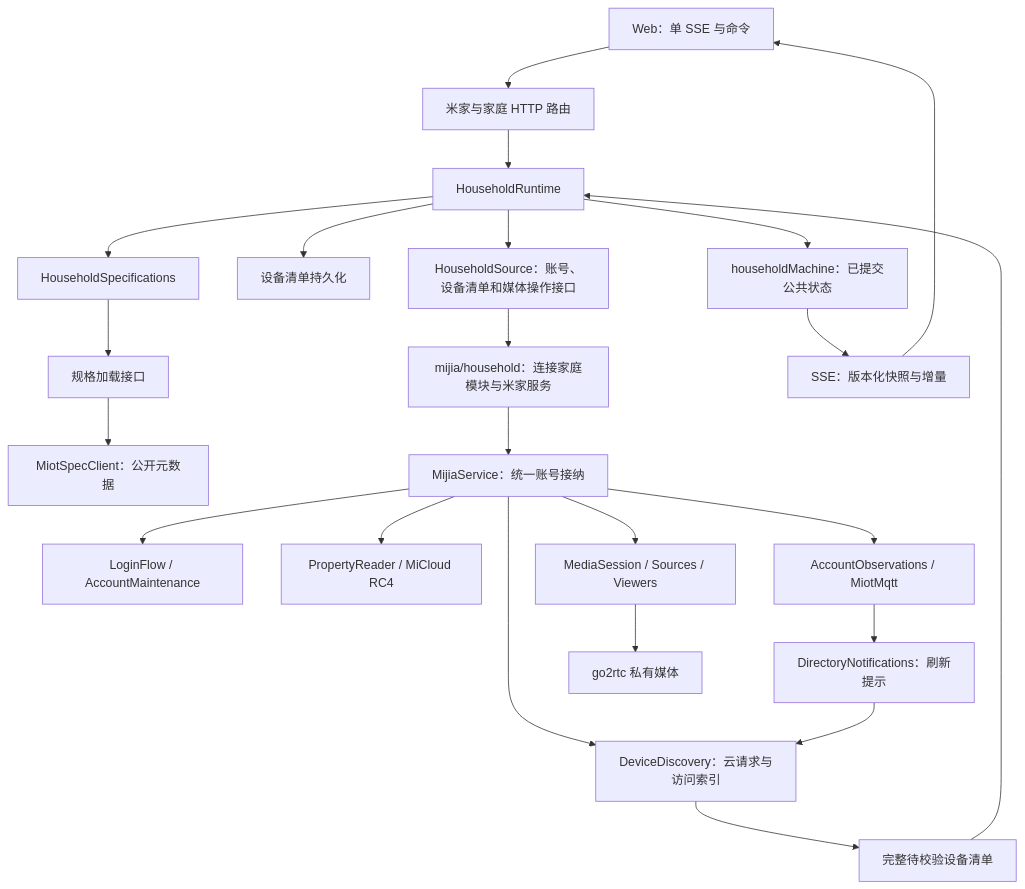
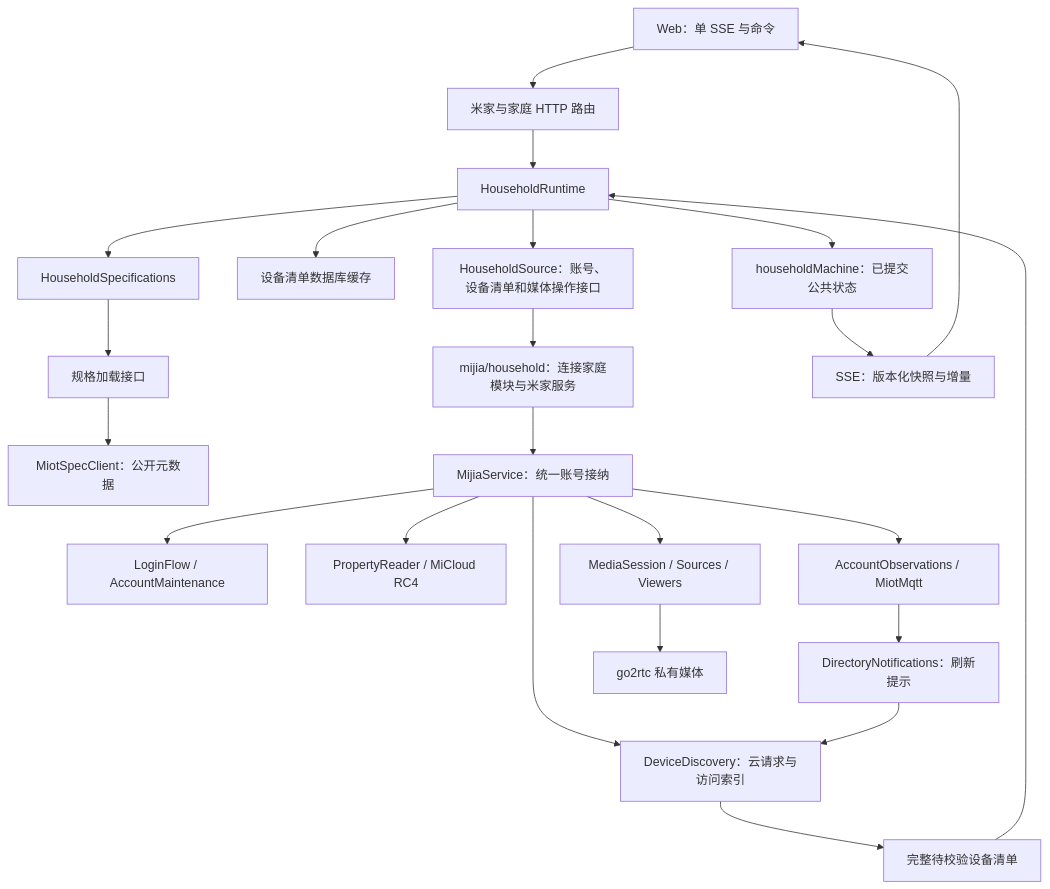
One commit to BenDanXieQi/home-agent changed the diagram in docs/reference/device-access-code-reference.md. Above: the diagram before and after it, drawn with Mermaid. The commit also changed other lines of this file and 9 other files, not shown here.

````diff
--- a/docs/reference/device-access-code-reference.md
+++ b/docs/reference/device-access-code-reference.md
@@ -64,25 +64,25 @@
 ```mermaid
 flowchart TD
   Web[Web：单 SSE 与命令] --> Routes[米家与家庭 HTTP 路由]
   Routes --> Runtime[HouseholdRuntime]
   Runtime --> Actor[householdMachine：已提交公共状态]
-  Runtime --> Repo[设备清单持久化]
+  Runtime --> Repo[设备清单数据库缓存]
   Runtime --> Specs[HouseholdSpecifications]
   Specs --> Loader[规格加载接口]
   Loader --> SpecProtocol[MiotSpecClient：公开元数据]
   Runtime --> Source[HouseholdSource：账号、设备清单和媒体操作接口]
   Source --> Integration[mijia/household：连接家庭模块与米家服务]
   Integration --> Service[MijiaService：统一账号接纳]
   Service --> Discovery[DeviceDiscovery：云请求与访问索引]
   Discovery --> Candidate[完整待校验设备清单]
   Candidate --> Runtime
   Service --> Account[LoginFlow / AccountMaintenance]
   Service --> Read[PropertyReader / MiCloud RC4]
   Service --> MQTT[AccountObservations / MiotMqtt]
   MQTT --> Directory[DirectoryNotifications：刷新提示]
   Directory --> Discovery
   Service --> Media[MediaSession / Sources / Viewers]
   Media --> Go[go2rtc 私有媒体]
   Actor --> Stream[SSE：版本化快照与增量]
   Stream --> Web
 ```
````
